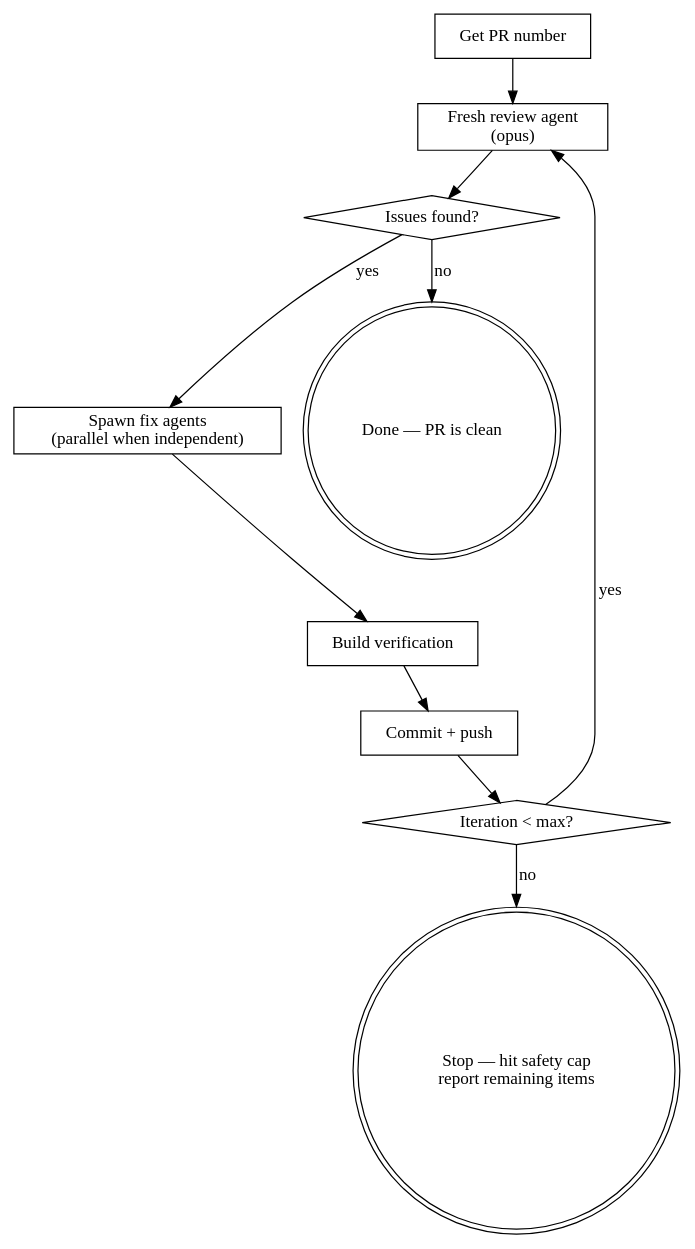
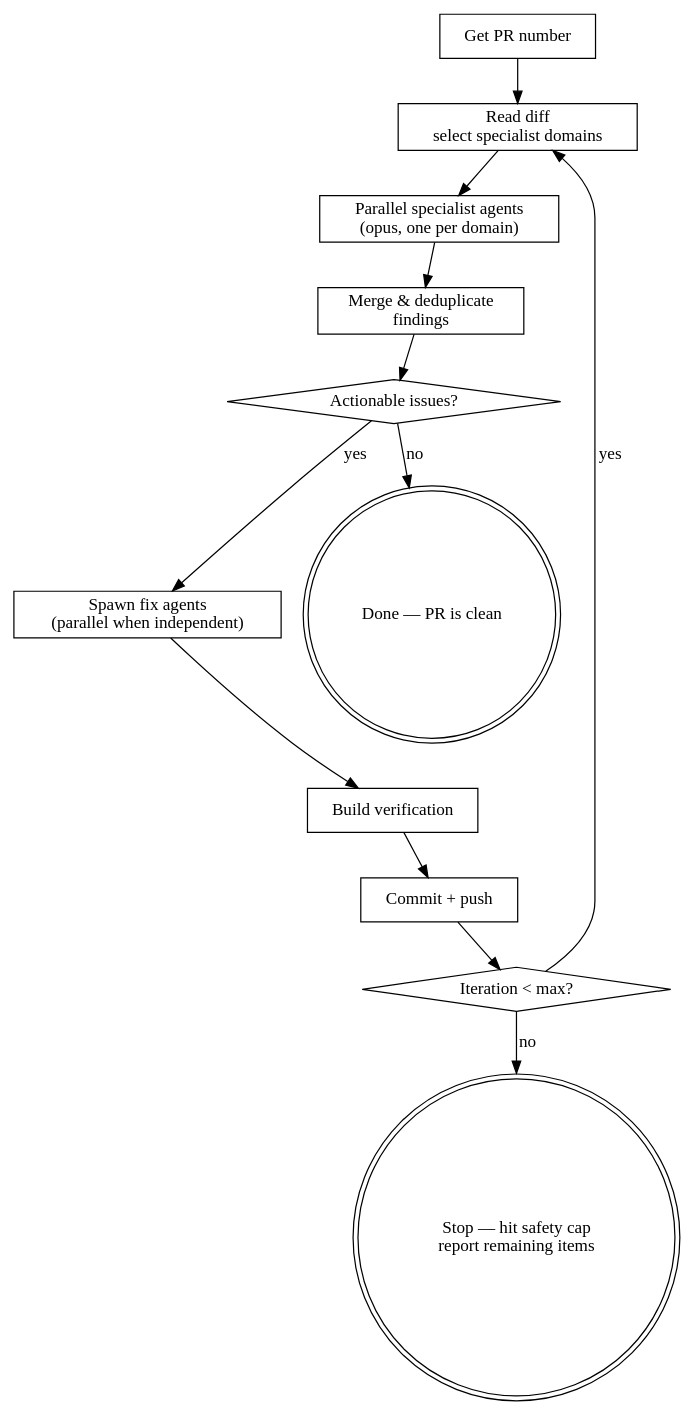
Before and after one commit to himattm/skills: the diagram in skills/review-cycle/SKILL.md, drawn with Graphviz. The commit also changed other lines of this file, not shown here.

Commit message:
feat(review-cycle): replace single review agent with specialist agent team

````diff
--- a/skills/review-cycle/SKILL.md
+++ b/skills/review-cycle/SKILL.md
@@ -10,24 +10,28 @@
 ```dot
 digraph review_cycle {
     rankdir=TB;
     start [label="Get PR number" shape=box];
-    review [label="Fresh review agent\n(opus)" shape=box];
-    issues [label="Issues found?" shape=diamond];
+    analyze [label="Read diff\nselect specialist domains" shape=box];
+    specialists [label="Parallel specialist agents\n(opus, one per domain)" shape=box];
+    merge [label="Merge & deduplicate\nfindings" shape=box];
+    issues [label="Actionable issues?" shape=diamond];
     fix [label="Spawn fix agents\n(parallel when independent)" shape=box];
     build [label="Build verification" shape=box];
     commit [label="Commit + push" shape=box];
     cap [label="Iteration < max?" shape=diamond];
     done [label="Done — PR is clean" shape=doublecircle];
     capped [label="Stop — hit safety cap\nreport remaining items" shape=doublecircle];
 
-    start -> review;
-    review -> issues;
+    start -> analyze;
+    analyze -> specialists;
+    specialists -> merge;
+    merge -> issues;
     issues -> done [label="no"];
     issues -> fix [label="yes"];
     fix -> build;
     build -> commit;
     commit -> cap;
-    cap -> review [label="yes"];
+    cap -> analyze [label="yes"];
     cap -> capped [label="no"];
 }
 ```
````
